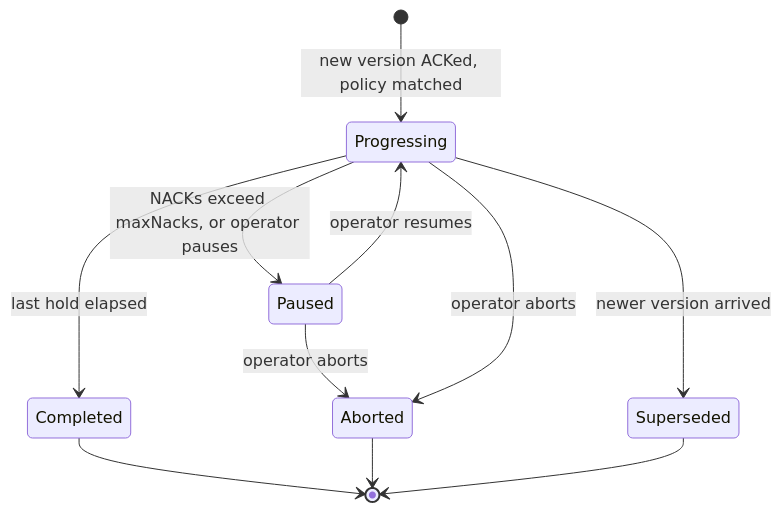
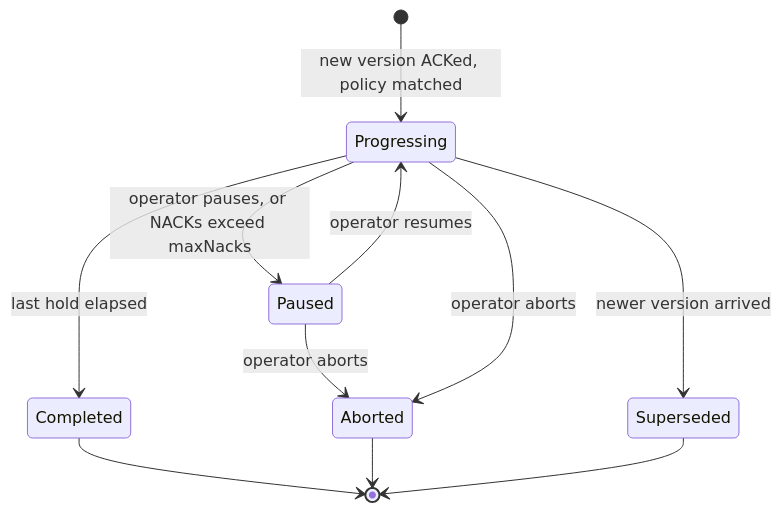
The fourth of 4 diagrams in docs/design.md (bpalermo/chandler), drawn with Mermaid before and after one commit. The commit also changed other lines of this file and 8 other files, not shown here.

````diff
--- a/docs/design.md
+++ b/docs/design.md
@@ -445,13 +478,13 @@
 ```mermaid
 stateDiagram-v2
   [*] --> Progressing: new version ACKed, policy matched
-  Progressing --> Paused: NACKs exceed maxNacks, or operator pauses
+  Progressing --> Paused: operator pauses, or NACKs exceed maxNacks
   Paused --> Progressing: operator resumes
   Paused --> Aborted: operator aborts
   Progressing --> Aborted: operator aborts
   Progressing --> Completed: last hold elapsed
   Progressing --> Superseded: newer version arrived
   Completed --> [*]
   Aborted --> [*]
   Superseded --> [*]
 ```
````
